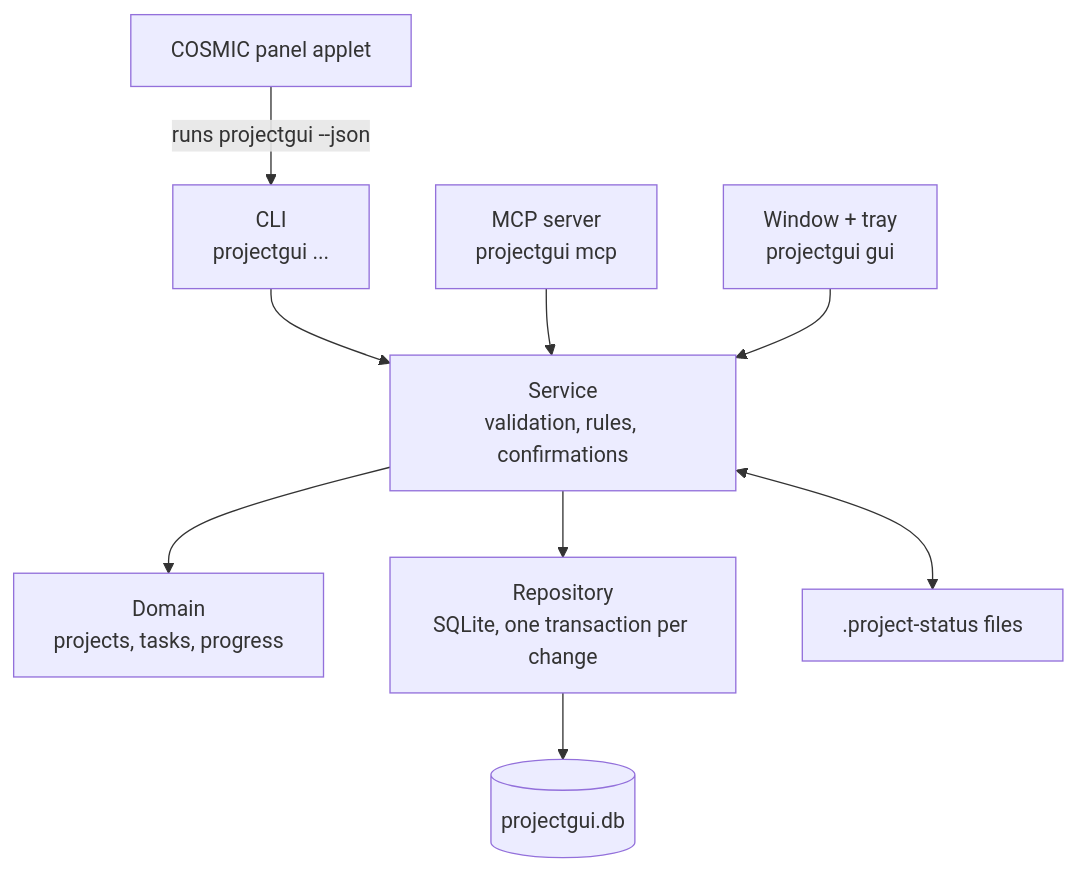
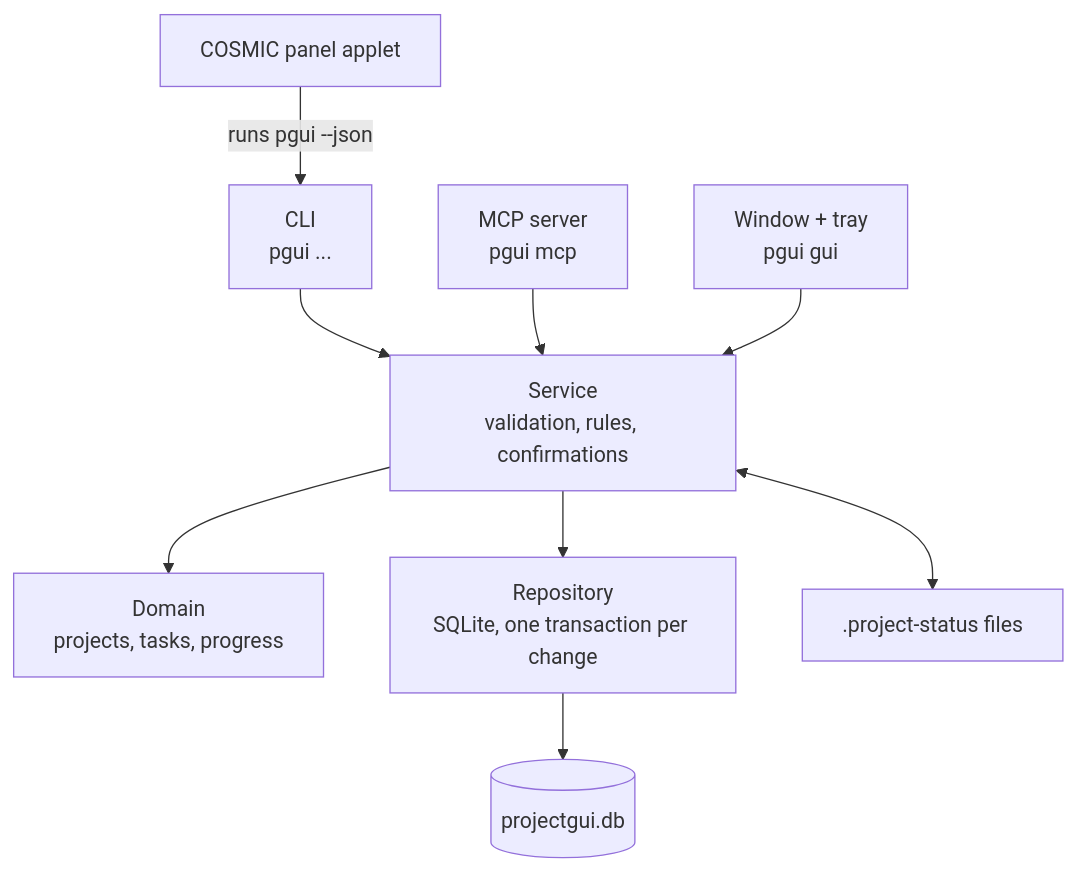
Before and after one commit to Gu1L3RM3/projectgui: the diagram in README.md, drawn with Mermaid. The commit also changed other lines of this file and 33 other files, not shown here.

First line of the commit message:
Rename the CLI command from projectgui to pgui (#3)

````diff
--- a/README.md
+++ b/README.md
@@ -355,11 +355,11 @@
 ```mermaid
 flowchart TD
-    CLI["CLI<br/>projectgui ..."] --> SVC
-    APPLET["COSMIC panel applet"] -->|"runs projectgui --json"| CLI
-    MCP["MCP server<br/>projectgui mcp"] --> SVC
-    GUI["Window + tray<br/>projectgui gui"] --> SVC
+    CLI["CLI<br/>pgui ..."] --> SVC
+    APPLET["COSMIC panel applet"] -->|"runs pgui --json"| CLI
+    MCP["MCP server<br/>pgui mcp"] --> SVC
+    GUI["Window + tray<br/>pgui gui"] --> SVC
     SVC["Service<br/>validation, rules, confirmations"] --> DOM["Domain<br/>projects, tasks, progress"]
     SVC --> REPO["Repository<br/>SQLite, one transaction per change"]
     SVC <--> FILE[".project-status files"]
     REPO --> DB[("projectgui.db")]
 ```
````
